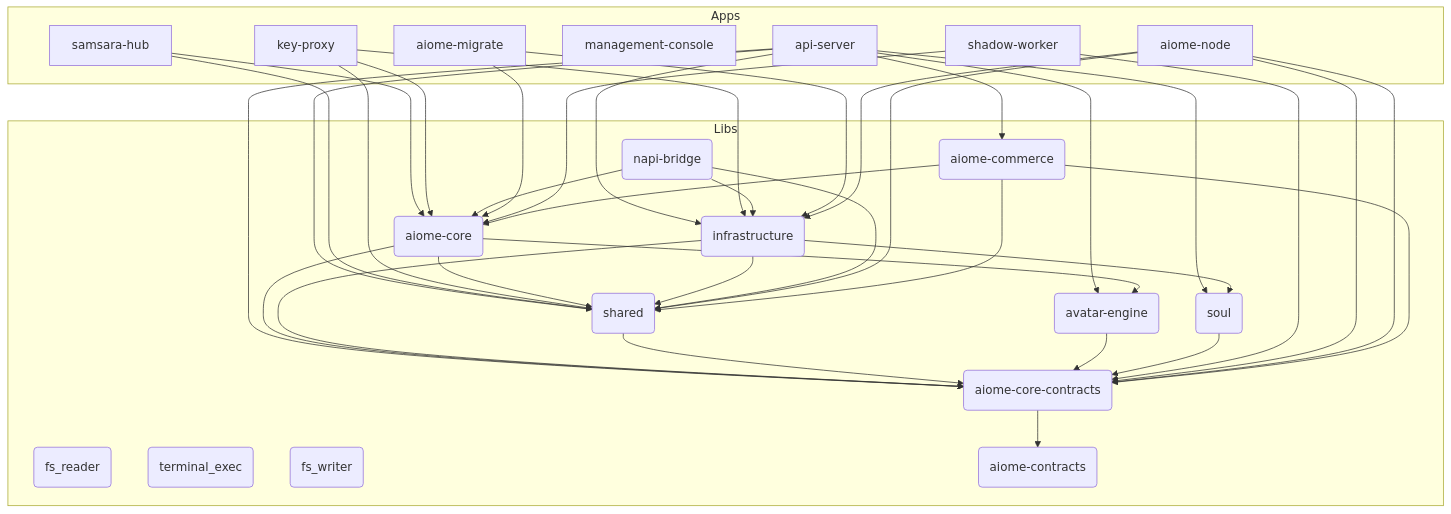
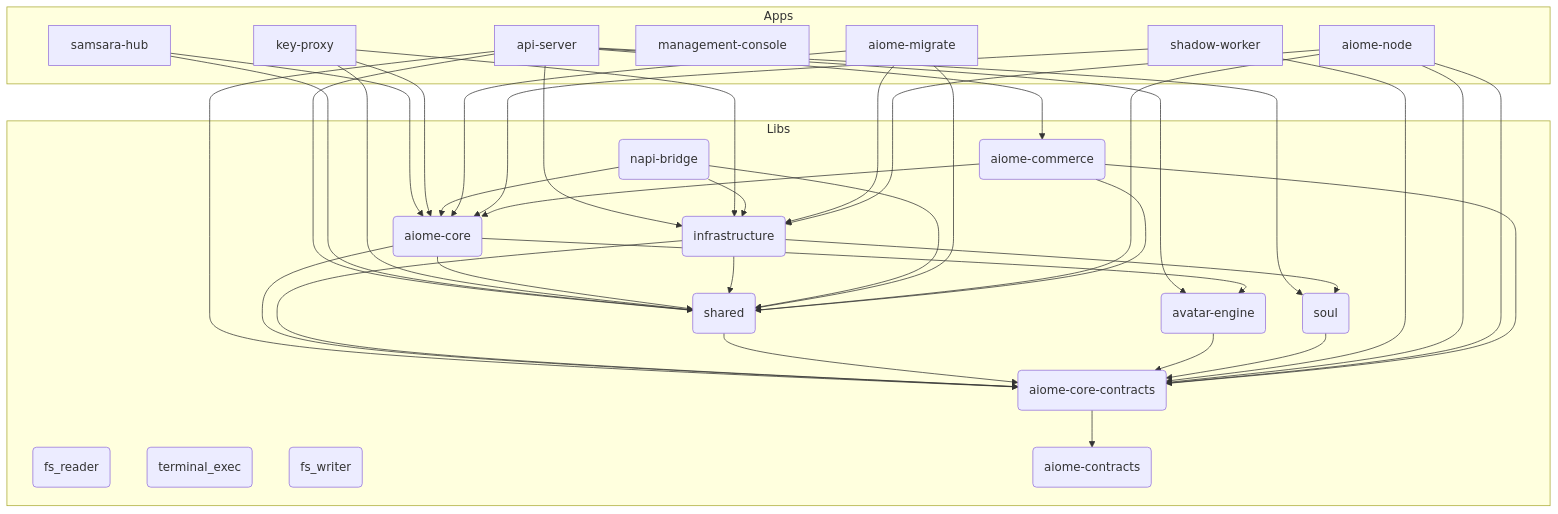
One commit to for4xex-droid/modular-open-claw changed the diagram in ARCHITECTURE.md. Above: the diagram before and after it, drawn with Mermaid. The commit also changed other lines of this file and 55 other files, not shown here.

````diff
--- a/ARCHITECTURE.md
+++ b/ARCHITECTURE.md
@@ -23,63 +23,64 @@
 ```mermaid
 graph TD
     subgraph Apps
         api-server[api-server]
         samsara-hub[samsara-hub]
         key-proxy[key-proxy]
         management-console[management-console]
         aiome-migrate[aiome-migrate]
         shadow-worker[shadow-worker]
         aiome-node[aiome-node]
     end
 
     subgraph Libs
         aiome-core(aiome-core)
         infrastructure(infrastructure)
         shared(shared)
         avatar-engine(avatar-engine)
         fs_reader(fs_reader)
         terminal_exec(terminal_exec)
         fs_writer(fs_writer)
         napi-bridge(napi-bridge)
         aiome-contracts(aiome-contracts)
         aiome-core-contracts(aiome-core-contracts)
         soul(soul)
         aiome-commerce(aiome-commerce)
     end
 
     api-server --> soul
     api-server --> infrastructure
     api-server --> shared
     api-server --> avatar-engine
     api-server --> aiome-core-contracts
     api-server --> aiome-commerce
     samsara-hub --> aiome-core
     samsara-hub --> shared
     key-proxy --> aiome-core
     key-proxy --> shared
     key-proxy --> infrastructure
     aiome-core --> shared
     aiome-core --> aiome-core-contracts
     aiome-core --> avatar-engine
     infrastructure --> soul
     infrastructure --> aiome-core-contracts
     infrastructure --> shared
     shared --> aiome-core-contracts
     avatar-engine --> aiome-core-contracts
     napi-bridge --> aiome-core
     napi-bridge --> infrastructure
     napi-bridge --> shared
     aiome-core-contracts --> aiome-contracts
     soul --> aiome-core-contracts
     aiome-migrate --> aiome-core
     aiome-migrate --> infrastructure
+    aiome-migrate --> shared
     shadow-worker --> aiome-core-contracts
     shadow-worker --> aiome-core
     aiome-node --> aiome-core-contracts
     aiome-node --> shared
     aiome-node --> infrastructure
     aiome-node --> aiome-core-contracts
     aiome-commerce --> aiome-core-contracts
     aiome-commerce --> aiome-core
     aiome-commerce --> shared
 ```
````
